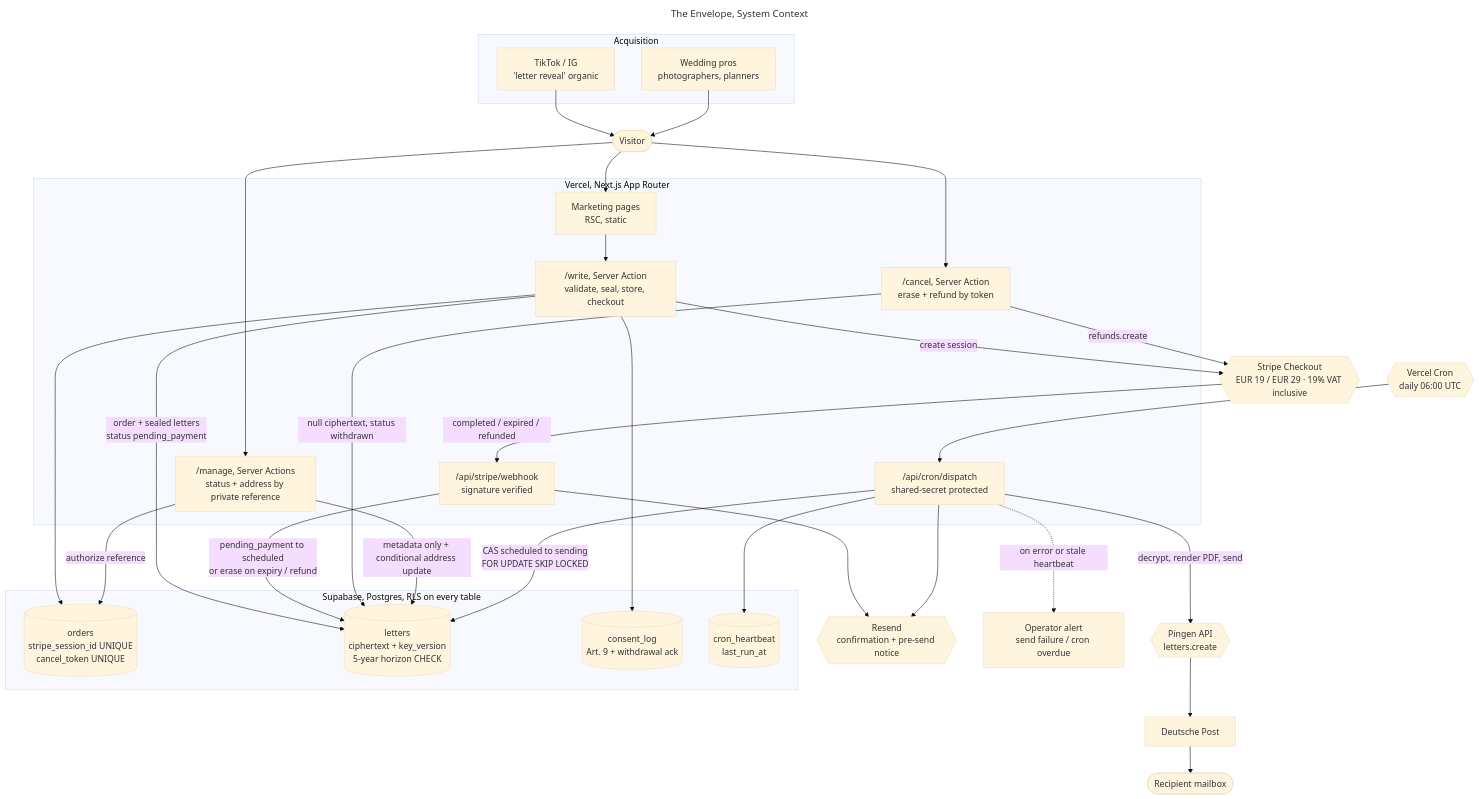
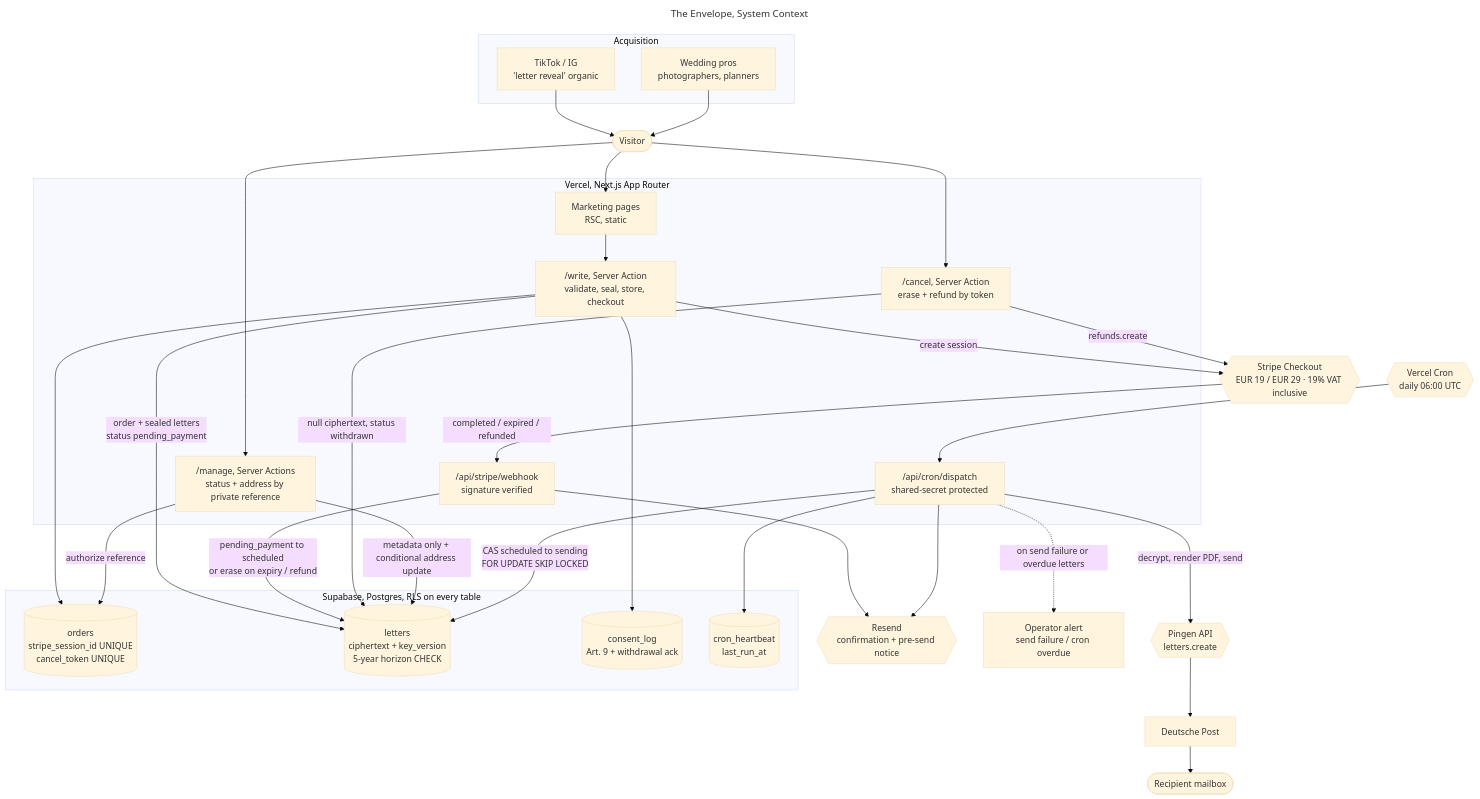
One commit to kandulanikhilvarma/the-envelope changed the diagram in docs/architecture/01-system-context.mmd. Above: the diagram before and after it, drawn with Mermaid (base theme). The commit also changed 2 other files, not shown here.

```diff
--- a/docs/architecture/01-system-context.mmd
+++ b/docs/architecture/01-system-context.mmd
@@ -1,63 +1,63 @@
 ---
 title: The Envelope, System Context
 ---
 flowchart TB
     subgraph acq["Acquisition"]
         TT["TikTok / IG<br/>'letter reveal' organic"]
         WP["Wedding pros<br/>photographers, planners"]
     end
 
     V(["Visitor"])
     TT --> V
     WP --> V
 
     subgraph vercel["Vercel, Next.js App Router"]
         MKT["Marketing pages<br/>RSC, static"]
         APP["/write, Server Action<br/>validate, seal, store, checkout"]
         MAN["/manage, Server Actions<br/>status + address by private reference"]
         CXL["/cancel, Server Action<br/>erase + refund by token"]
         HOOK["/api/stripe/webhook<br/>signature verified"]
         CRON["/api/cron/dispatch<br/>shared-secret protected"]
     end
 
     V --> MKT
     MKT --> APP
     V --> CXL
     V --> MAN
 
     subgraph supa["Supabase, Postgres, RLS on every table"]
         ORD[("orders<br/>stripe_session_id UNIQUE<br/>cancel_token UNIQUE")]
         LET[("letters<br/>ciphertext + key_version<br/>5-year horizon CHECK")]
         CON[("consent_log<br/>Art. 9 + withdrawal ack")]
         HB[("cron_heartbeat<br/>last_run_at")]
     end
 
     APP -->|"order + sealed letters<br/>status pending_payment"| LET
     APP --> ORD
     APP --> CON
     HOOK -->|"pending_payment to scheduled<br/>or erase on expiry / refund"| LET
     CXL -->|"null ciphertext, status withdrawn"| LET
     MAN -->|"authorize reference"| ORD
     MAN -->|"metadata only + conditional address update"| LET
     CRON -->|"CAS scheduled to sending<br/>FOR UPDATE SKIP LOCKED"| LET
     CRON --> HB
 
     STRIPE{{"Stripe Checkout<br/>EUR 19 / EUR 29 · 19% VAT inclusive"}}
     APP -->|"create session"| STRIPE
     STRIPE -->|"completed / expired / refunded"| HOOK
     CXL -->|"refunds.create"| STRIPE
 
     MAIL{{"Resend<br/>confirmation + pre-send notice"}}
     HOOK --> MAIL
     CRON --> MAIL
 
     SCHED{{"Vercel Cron<br/>daily 06:00 UTC"}}
     SCHED --> CRON
 
     PIN{{"Pingen API<br/>letters.create"}}
     CRON -->|"decrypt, render PDF, send"| PIN
     PIN --> DP["Deutsche Post"]
     DP --> RCP(["Recipient mailbox"])
 
     ALERT["Operator alert<br/>send failure / cron overdue"]
-    CRON -.->|"on error or stale heartbeat"| ALERT
+    CRON -.->|"on send failure or overdue letters"| ALERT
```
